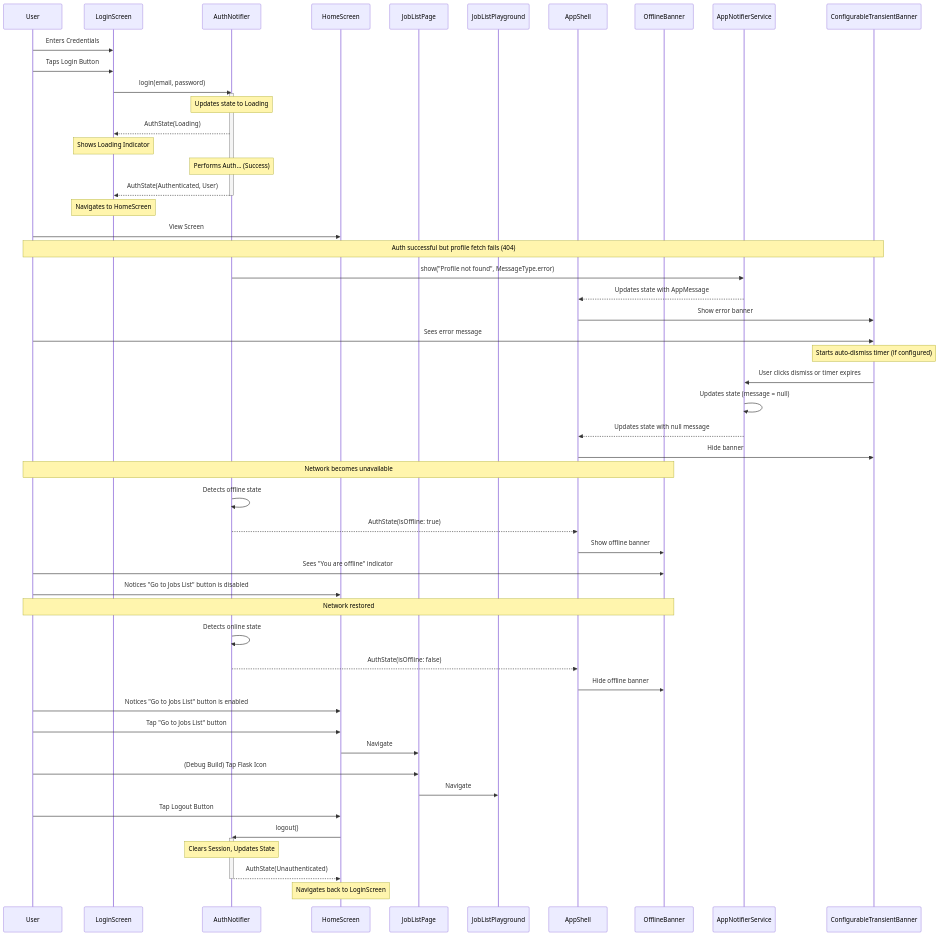
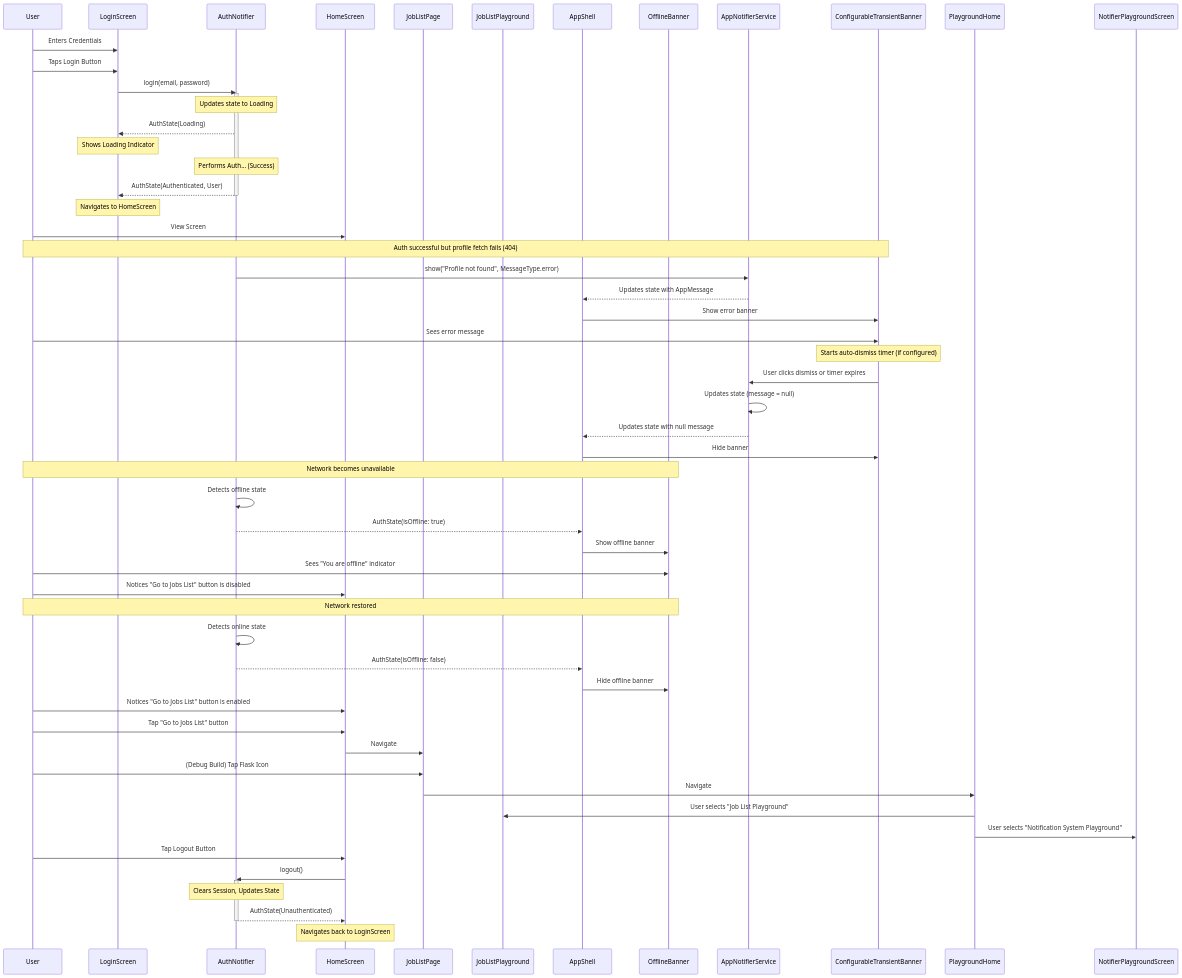
Before and after one commit to MediScribe/docjet-mobile: the second of 2 diagrams in docs/current/ui-screens-overview.md, drawn with Mermaid. The commit also changed other lines of this file and 9 other files, not shown here.

First line of the commit message:
Refactor notification banner display and playground system

````diff
--- a/docs/current/ui-screens-overview.md
+++ b/docs/current/ui-screens-overview.md
@@ -35,71 +35,73 @@
 ```mermaid
 sequenceDiagram
     participant User
     participant LoginScreen
     participant AuthNotifier
     participant HomeScreen
     participant JobListPage
     participant JobListPlayground
     participant AppShell
     participant OfflineBanner
     participant AppNotifierService
     participant ConfigurableTransientBanner
 
     %% Login Flow
     User->>LoginScreen: Enters Credentials
     User->>LoginScreen: Taps Login Button
     LoginScreen->>AuthNotifier: login(email, password)
     activate AuthNotifier
     Note over AuthNotifier: Updates state to Loading
     AuthNotifier-->>LoginScreen: AuthState(Loading)
     Note over LoginScreen: Shows Loading Indicator
     Note over AuthNotifier: Performs Auth... (Success)
     AuthNotifier-->>LoginScreen: AuthState(Authenticated, User)
     deactivate AuthNotifier
     Note over LoginScreen: Navigates to HomeScreen
 
     %% Post-Login & Intended Navigation
     User->>HomeScreen: View Screen
     
     %% Transient Error Scenario
     Note over User,ConfigurableTransientBanner: Auth successful but profile fetch fails (404)
     AuthNotifier->>AppNotifierService: show("Profile not found", MessageType.error)
     AppNotifierService-->>AppShell: Updates state with AppMessage
     AppShell->>ConfigurableTransientBanner: Show error banner
     User->>ConfigurableTransientBanner: Sees error message
     Note over ConfigurableTransientBanner: Starts auto-dismiss timer (if configured)
     ConfigurableTransientBanner->>AppNotifierService: User clicks dismiss or timer expires
     AppNotifierService->>AppNotifierService: Updates state (message = null)
     AppNotifierService-->>AppShell: Updates state with null message
     AppShell->>ConfigurableTransientBanner: Hide banner
     
     %% Offline Scenario
     Note over User,OfflineBanner: Network becomes unavailable
     AuthNotifier->>AuthNotifier: Detects offline state
     AuthNotifier-->>AppShell: AuthState(isOffline: true)
     AppShell->>OfflineBanner: Show offline banner
     User->>OfflineBanner: Sees "You are offline" indicator
     User->>HomeScreen: Notices "Go to Jobs List" button is disabled
     
     %% Online Scenario
     Note over User,OfflineBanner: Network restored
     AuthNotifier->>AuthNotifier: Detects online state
     AuthNotifier-->>AppShell: AuthState(isOffline: false)
     AppShell->>OfflineBanner: Hide offline banner
     User->>HomeScreen: Notices "Go to Jobs List" button is enabled
     User->>HomeScreen: Tap "Go to Jobs List" button
     HomeScreen->>JobListPage: Navigate
 
     %% Debug Playground Navigation (Optional)
     User->>JobListPage: (Debug Build) Tap Flask Icon
-    JobListPage->>JobListPlayground: Navigate
+    JobListPage->>PlaygroundHome: Navigate
+    PlaygroundHome->>JobListPlayground: User selects "Job List Playground"
+    PlaygroundHome->>NotifierPlaygroundScreen: User selects "Notification System Playground"
 
     %% Logout Flow
     User->>HomeScreen: Tap Logout Button
     HomeScreen->>AuthNotifier: logout()
     activate AuthNotifier
     Note over AuthNotifier: Clears Session, Updates State
     AuthNotifier-->>HomeScreen: AuthState(Unauthenticated)
     deactivate AuthNotifier
     Note over HomeScreen: Navigates back to LoginScreen
 ```
````
